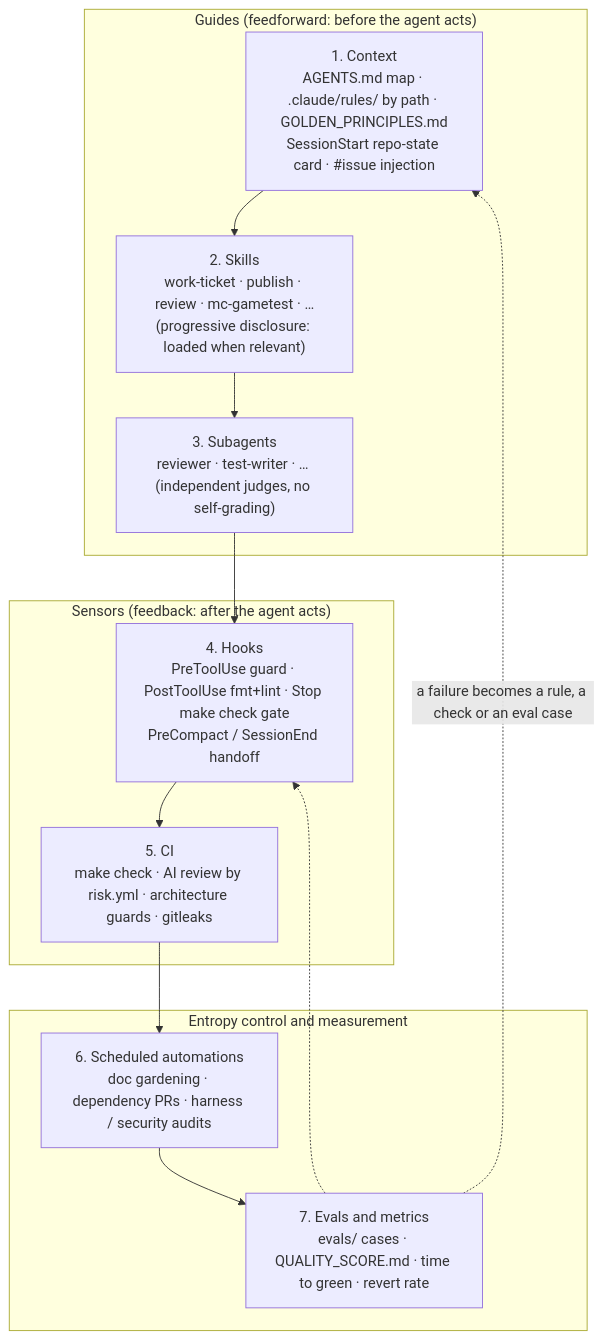
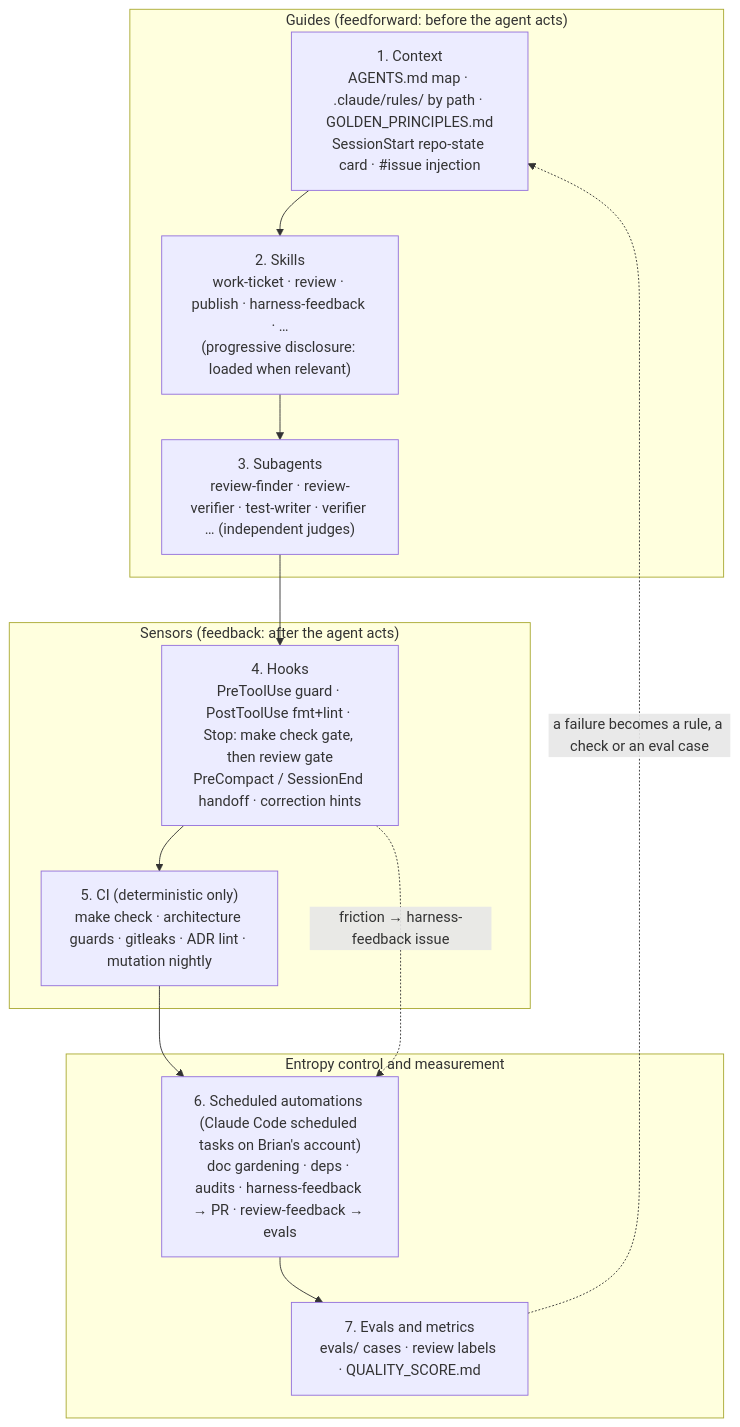
One commit to Arffornia/agent-kit changed the diagram in docs/HARNESS.md. Above: the diagram before and after it, drawn with Mermaid. The commit also changed other lines of this file and 7 other files, not shown here.

First line of the commit message:
docs: v2 harness without AI review in CI; models per role; sandbox explained

````diff
--- a/docs/HARNESS.md
+++ b/docs/HARNESS.md
@@ -24,19 +29,19 @@
 ```mermaid
 flowchart TB
   subgraph Guides["Guides (feedforward: before the agent acts)"]
     C["1. Context<br/>AGENTS.md map · .claude/rules/ by path · GOLDEN_PRINCIPLES.md<br/>SessionStart repo-state card · #issue injection"]
-    S["2. Skills<br/>work-ticket · publish · review · mc-gametest · …<br/>(progressive disclosure: loaded when relevant)"]
-    A["3. Subagents<br/>reviewer · test-writer · … (independent judges, no self-grading)"]
+    S["2. Skills<br/>work-ticket · review · publish · harness-feedback · …<br/>(progressive disclosure: loaded when relevant)"]
+    A["3. Subagents<br/>review-finder · review-verifier · test-writer · verifier … (independent judges)"]
   end
   subgraph Sensors["Sensors (feedback: after the agent acts)"]
-    H["4. Hooks<br/>PreToolUse guard · PostToolUse fmt+lint · Stop make check gate<br/>PreCompact / SessionEnd handoff"]
-    CI["5. CI<br/>make check · AI review by risk.yml · architecture guards · gitleaks"]
+    H["4. Hooks<br/>PreToolUse guard · PostToolUse fmt+lint · Stop: make check gate, then review gate<br/>PreCompact / SessionEnd handoff · correction hints"]
+    CI["5. CI (deterministic only)<br/>make check · architecture guards · gitleaks · ADR lint · mutation nightly"]
   end
   subgraph Entropy["Entropy control and measurement"]
-    AU["6. Scheduled automations<br/>doc gardening · dependency PRs · harness / security audits"]
-    EV["7. Evals and metrics<br/>evals/ cases · QUALITY_SCORE.md · time to green · revert rate"]
+    AU["6. Scheduled automations (Claude Code scheduled tasks on Brian's account)<br/>doc gardening · deps · audits · harness-feedback → PR · review-feedback → evals"]
+    EV["7. Evals and metrics<br/>evals/ cases · review labels · QUALITY_SCORE.md"]
   end
   C --> S --> A --> H --> CI --> AU --> EV
   EV -.->|a failure becomes a rule, a check or an eval case| C
-  EV -.-> H
+  H -.->|friction → harness-feedback issue| AU
 ```
````
